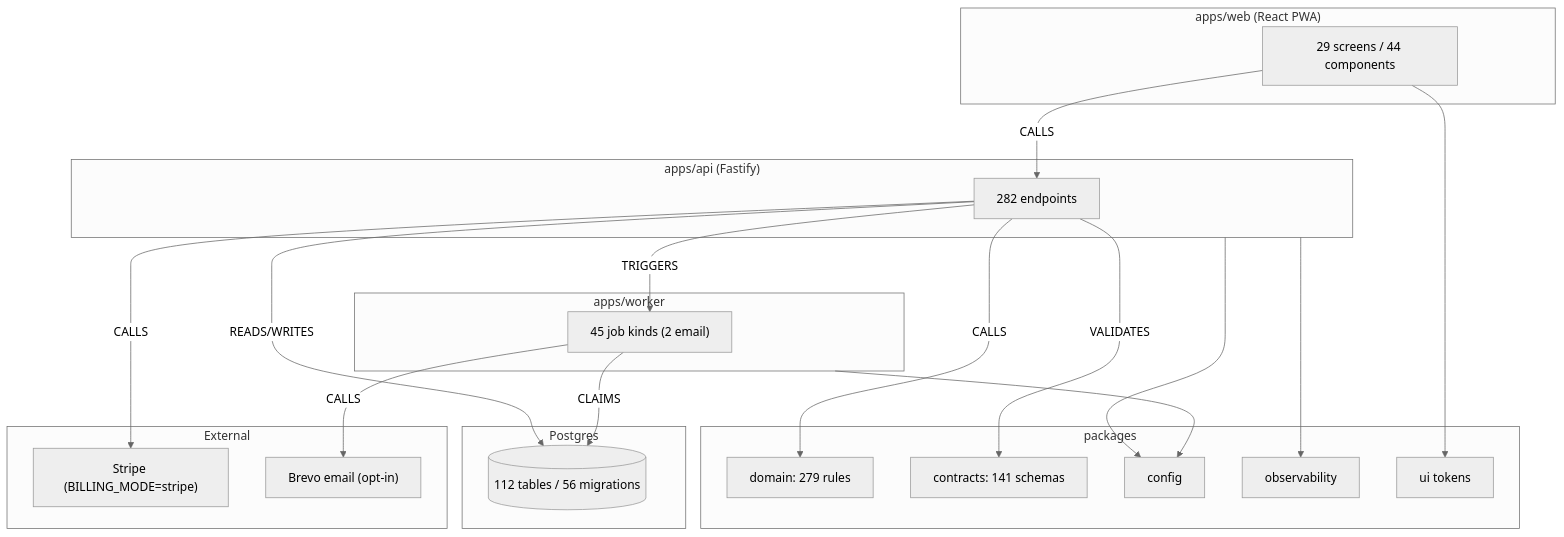
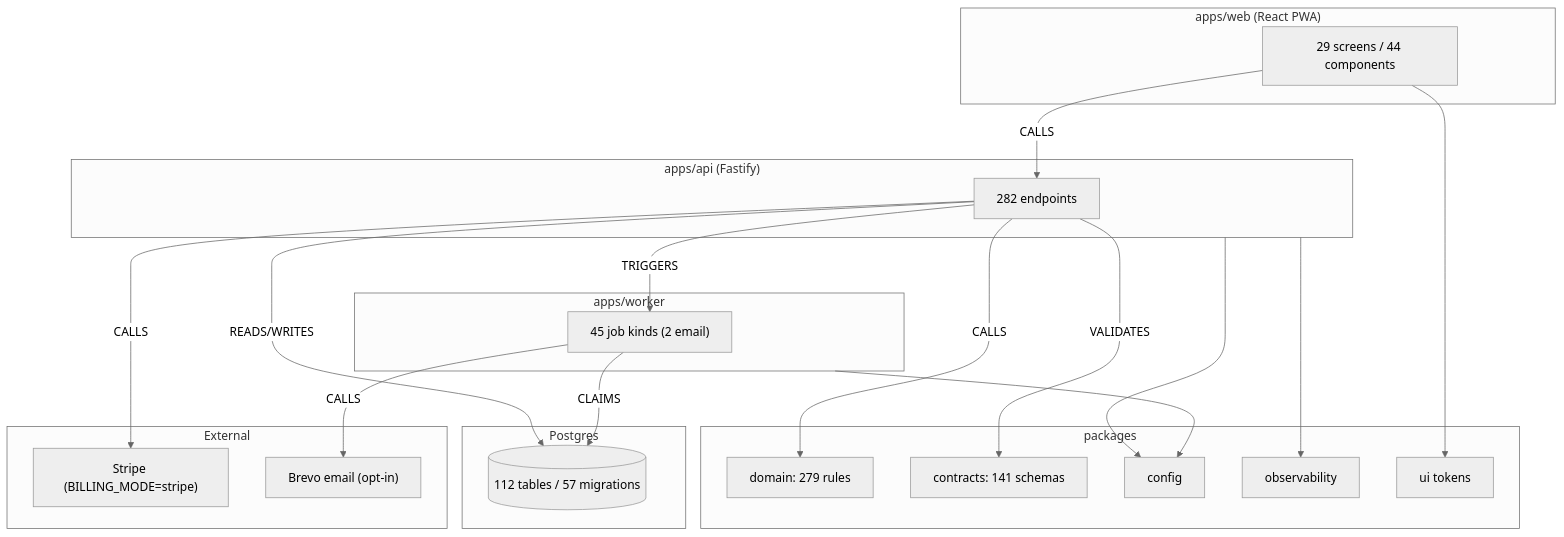
One commit to yhsomani/talentsphere-complete changed the diagram in project-mindmap/architecture/SYSTEM_DEPENDENCY_GRAPH.md. Above: the diagram before and after it, drawn with Mermaid (neutral theme). The commit also changed 171 other files, not shown here.

First line of the commit message:
docs(mindmap): feature catalog to nano level and graph views

````diff
--- a/project-mindmap/architecture/SYSTEM_DEPENDENCY_GRAPH.md
+++ b/project-mindmap/architecture/SYSTEM_DEPENDENCY_GRAPH.md
@@ -5,38 +5,38 @@
 ```mermaid
 flowchart TB
   subgraph WEB["apps/web (React PWA)"]
     SCRN["29 screens / 44 components"]
   end
   subgraph API["apps/api (Fastify)"]
     RT["282 endpoints"]
   end
   subgraph WRK["apps/worker"]
     JB["45 job kinds (2 email)"]
   end
   subgraph PKG["packages"]
     DOM["domain: 279 rules"]
     CON["contracts: 141 schemas"]
     CFG["config"]
     OBS["observability"]
     UI["ui tokens"]
   end
   subgraph DATA["Postgres"]
-    TBL[("112 tables / 56 migrations")]
+    TBL[("112 tables / 57 migrations")]
   end
   subgraph EXTS["External"]
     STR["Stripe (BILLING_MODE=stripe)"]
     BRV["Brevo email (opt-in)"]
   end
   SCRN -->|CALLS| RT
   RT -->|CALLS| DOM
   RT -->|VALIDATES| CON
   RT -->|READS/WRITES| TBL
   RT -->|TRIGGERS| JB
   JB -->|CLAIMS| TBL
   JB -->|CALLS| BRV
   RT -->|CALLS| STR
   API --> CFG
   WRK --> CFG
   API --> OBS
   SCRN --> UI
 ```
````
